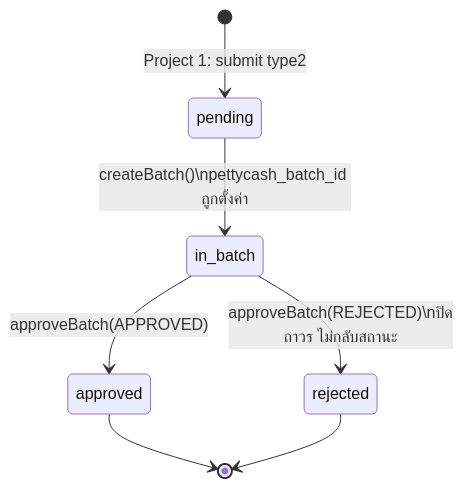
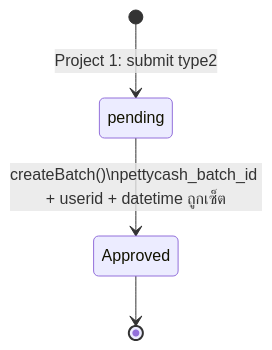
The fifth of 5 diagrams in skills/Project2_PettyCash.md (pingly69/smartbill_approvepc), drawn with Mermaid before and after one commit. The commit also changed other lines of this file and 2 other files, not shown here.

````diff
--- a/skills/Project2_PettyCash.md
+++ b/skills/Project2_PettyCash.md
@@ -387,9 +385,6 @@
 ```mermaid
 stateDiagram-v2
     [*] --> pending : Project 1: submit type2
-    pending --> in_batch : createBatch()\npettycash_batch_id ถูกตั้งค่า
-    in_batch --> approved : approveBatch(APPROVED)
-    in_batch --> rejected : approveBatch(REJECTED)\nปิดถาวร ไม่กลับสถานะ
-    approved --> [*]
-    rejected --> [*]
+    pending --> Approved : createBatch()\npettycash_batch_id + userid + datetime ถูกเซ็ต
+    Approved --> [*]
 ```
````
